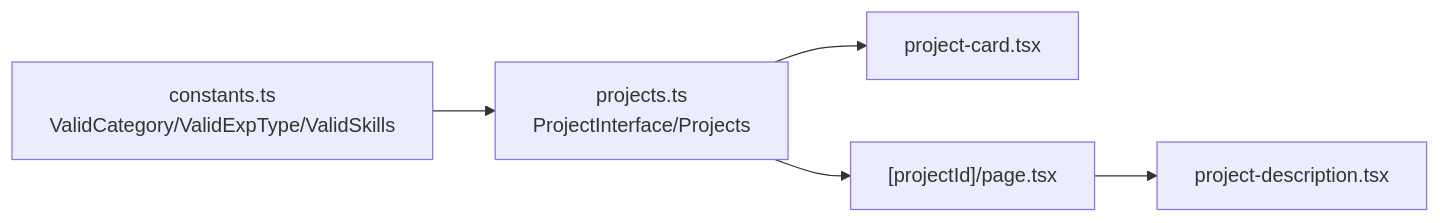
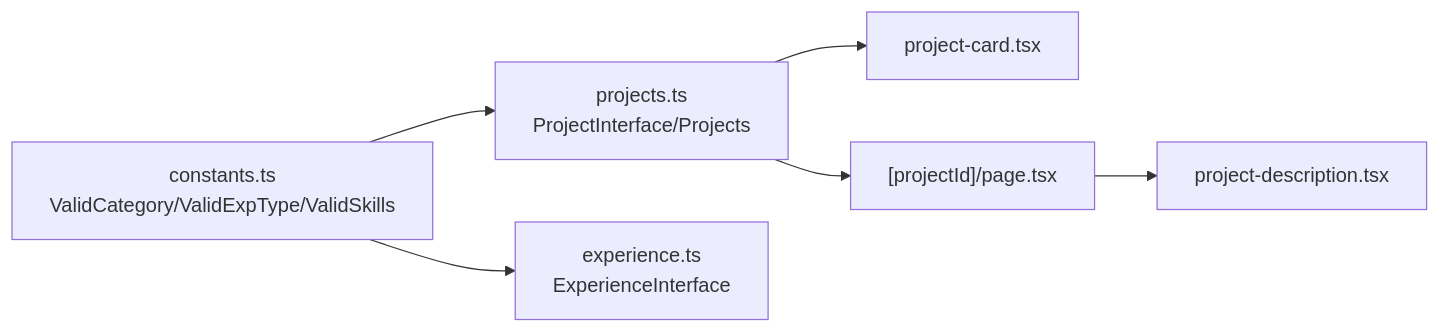
One commit to florianjsun/next-portfolio changed the fourth of 4 diagrams in .qoder/repowiki/zh/content/核心功能模块/项目展示模块/项目数据模型.md. Above: the diagram before and after it, drawn with Mermaid. The commit also changed other lines of this file and 80 other files, not shown here.

````diff
--- a/.qoder/repowiki/zh/content/核心功能模块/项目展示模块/项目数据模型.md
+++ b/.qoder/repowiki/zh/content/核心功能模块/项目展示模块/项目数据模型.md
@@ -193,7 +209,8 @@
 ```mermaid
 graph LR
 Constants["constants.ts<br/>ValidCategory/ValidExpType/ValidSkills"] --> Projects["projects.ts<br/>ProjectInterface/Projects"]
+Constants --> Experience["experience.ts<br/>ExperienceInterface"]
 Projects --> Card["project-card.tsx"]
 Projects --> DetailPage["[projectId]/page.tsx"]
 DetailPage --> DescComp["project-description.tsx"]
 ```
````
